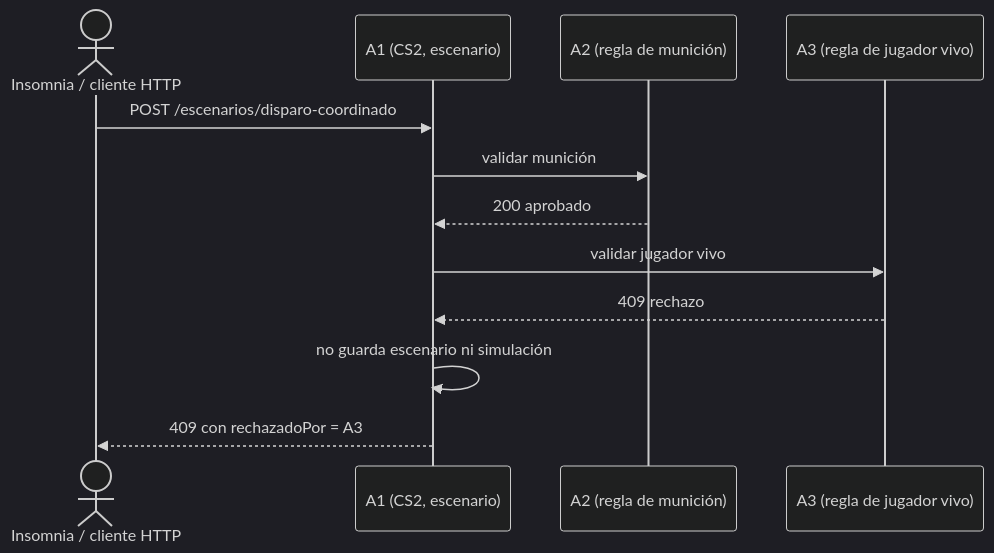
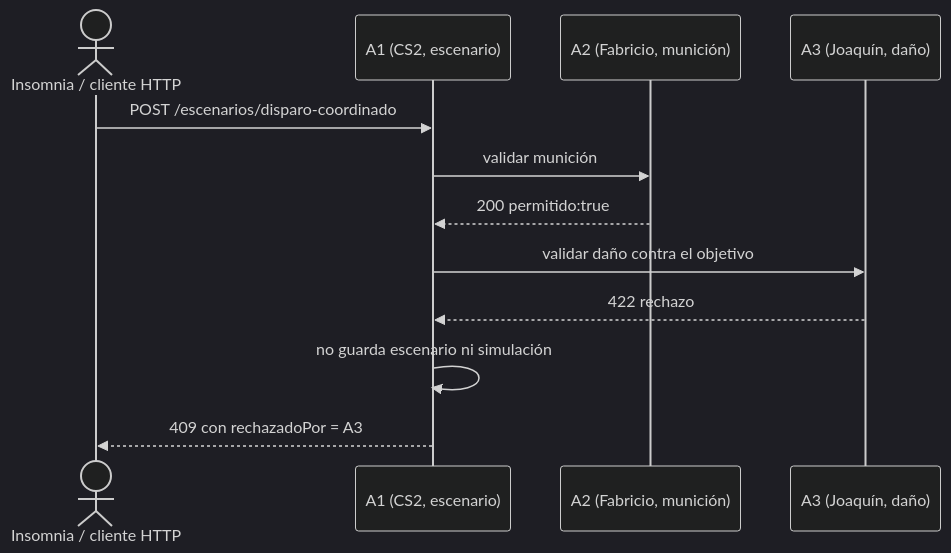
Before and after one commit to MigueMedina/mmedina-tplp3-2026: the second of 2 diagrams in Docs/POO-09-enunciado-aplicado.md, drawn with Mermaid (dark theme). The commit also changed other lines of this file and 4 other files, not shown here.

````diff
--- a/Docs/POO-09-enunciado-aplicado.md
+++ b/Docs/POO-09-enunciado-aplicado.md
@@ -93,15 +101,15 @@
 ```mermaid
 sequenceDiagram
     actor Cliente as Insomnia / cliente HTTP
     participant A1 as A1 (CS2, escenario)
-    participant A2 as A2 (regla de munición)
-    participant A3 as A3 (regla de jugador vivo)
+    participant A2 as A2 (Fabricio, munición)
+    participant A3 as A3 (Joaquín, daño)
 
     Cliente->>A1: POST /escenarios/disparo-coordinado
     A1->>A2: validar munición
-    A2-->>A1: 200 aprobado
-    A1->>A3: validar jugador vivo
-    A3-->>A1: 409 rechazo
+    A2-->>A1: 200 permitido:true
+    A1->>A3: validar daño contra el objetivo
+    A3-->>A1: 422 rechazo
     A1->>A1: no guarda escenario ni simulación
     A1-->>Cliente: 409 con rechazadoPor = A3
 ```
````
